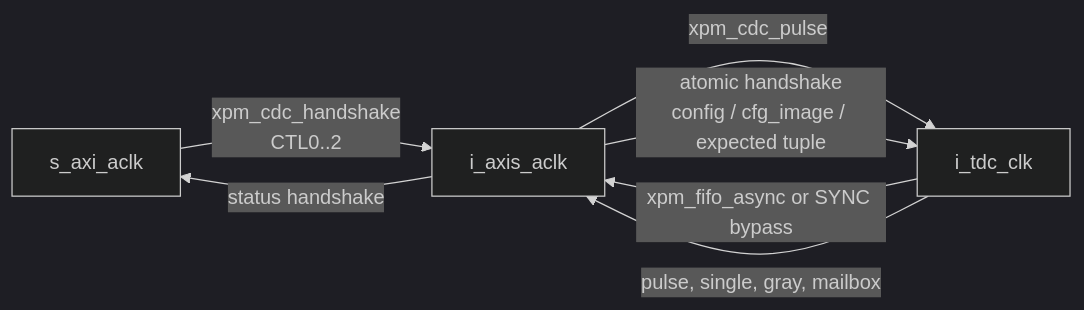
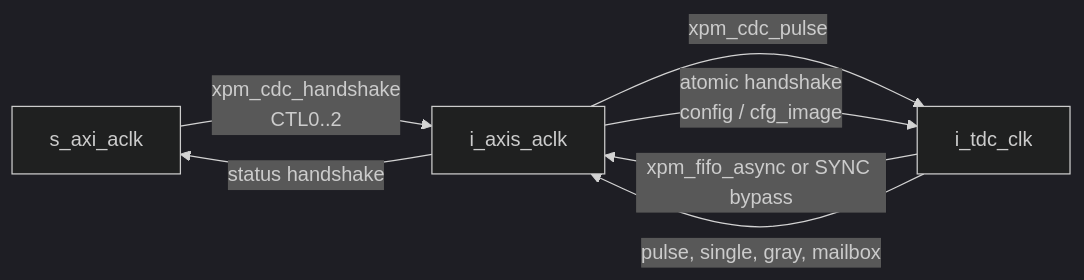
The fifth of 15 diagrams in Doc/tdc_gpx_top_신호처리_상세_사용_설명서.md (haneulia/tdc_gpx_ctrl), drawn with Mermaid (dark theme) before and after one commit. The commit also changed other lines of this file and 2 other files, not shown here.

````diff
--- a/Doc/tdc_gpx_top_신호처리_상세_사용_설명서.md
+++ b/Doc/tdc_gpx_top_신호처리_상세_사용_설명서.md
@@ -255,9 +256,9 @@
 ```mermaid
 flowchart LR
     AXIL["s_axi_aclk"] -->|"xpm_cdc_handshake\nCTL0..2"| AXIS["i_axis_aclk"]
     AXIS -->|"xpm_cdc_pulse"| TDC["i_tdc_clk"]
-    AXIS -->|"atomic handshake\nconfig / cfg_image / expected tuple"| TDC
+    AXIS -->|"atomic handshake\nconfig / cfg_image"| TDC
     TDC -->|"xpm_fifo_async or SYNC bypass"| AXIS
     TDC -->|"pulse, single, gray, mailbox"| AXIS
     AXIS -->|"status handshake"| AXIL
 ```
````
